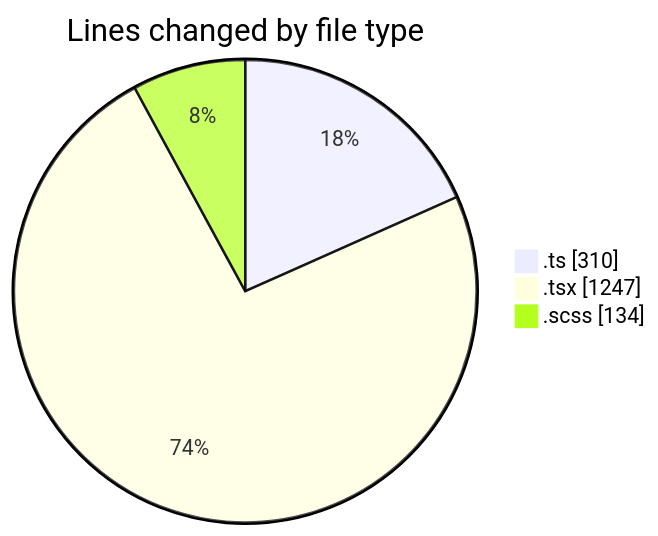
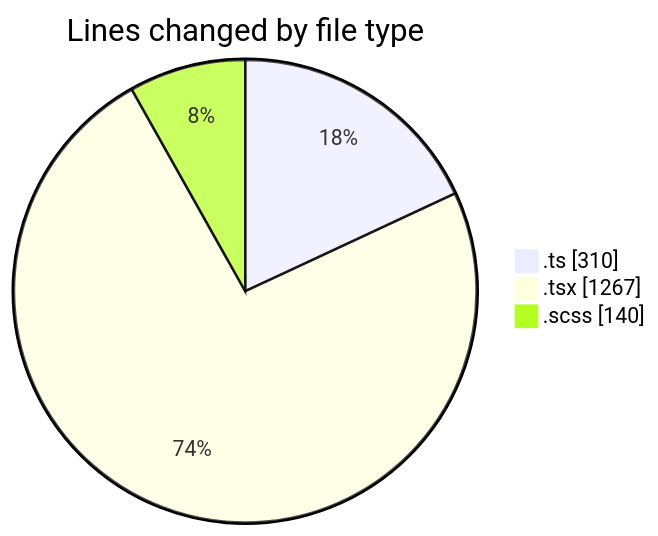
Before and after one commit to momahboobian/code-tracking: the first of 2 diagrams in 2026-09-09/cda/README.md, drawn with Mermaid. The commit also changed other lines of this file and 1 other file, not shown here.

````diff
--- a/2026-09-09/cda/README.md
+++ b/2026-09-09/cda/README.md
@@ -34,7 +35,7 @@
 ```mermaid
 pie showData
 title Lines changed by file type
 ".ts" : 310
-".tsx" : 1247
-".scss" : 134
+".tsx" : 1267
+".scss" : 140
 ```
````
